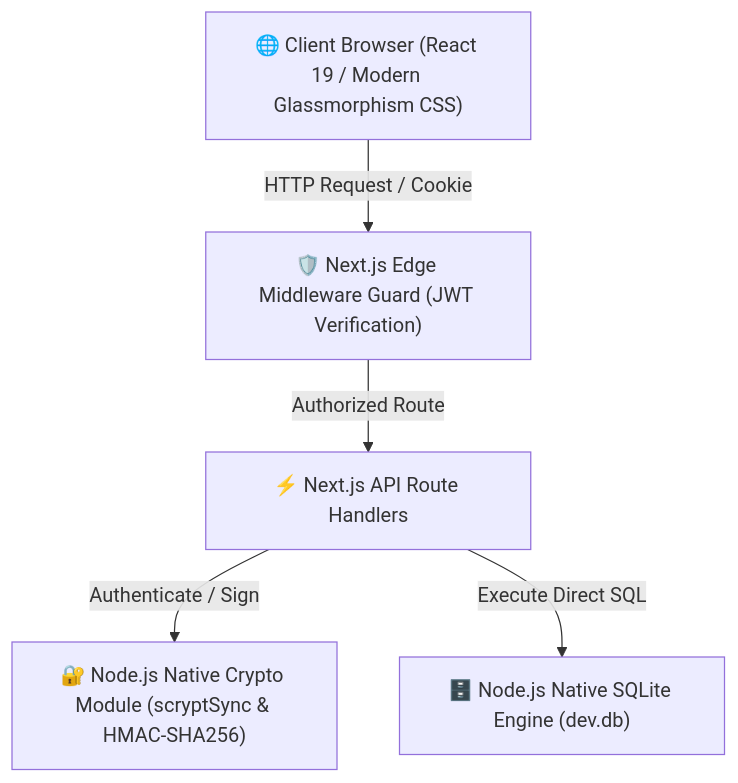
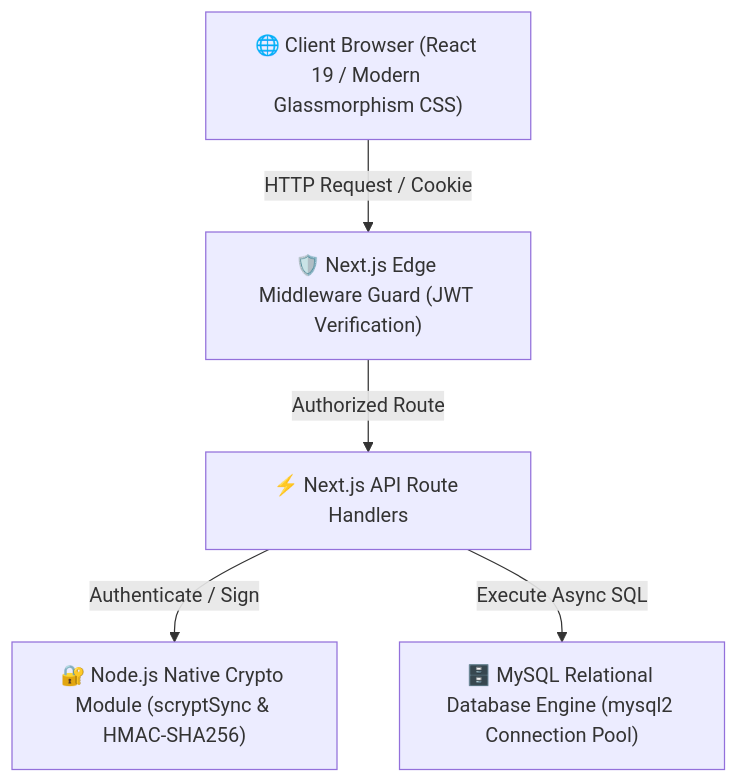
Before and after one commit to lesileugwulebo/university-maintenance-system: the first of 2 diagrams in TECHNICAL_PROJECT_REPORT.md, drawn with Mermaid. The commit also changed other lines of this file, not shown here.

Commit message:
docs: Update report and archives with MySQL database configuration

````diff
--- a/TECHNICAL_PROJECT_REPORT.md
+++ b/TECHNICAL_PROJECT_REPORT.md
@@ -57,13 +57,13 @@
 ```mermaid
 graph TD
     Client["🌐 Client Browser (React 19 / Modern Glassmorphism CSS)"]
     MW["🛡️ Next.js Edge Middleware Guard (JWT Verification)"]
     API["⚡ Next.js API Route Handlers"]
     Crypto["🔐 Node.js Native Crypto Module (scryptSync & HMAC-SHA256)"]
-    DB["🗄️ Node.js Native SQLite Engine (dev.db)"]
+    DB["🗄️ MySQL Relational Database Engine (mysql2 Connection Pool)"]
 
     Client -->|HTTP Request / Cookie| MW
     MW -->|Authorized Route| API
     API -->|Authenticate / Sign| Crypto
-    API -->|Execute Direct SQL| DB
+    API -->|Execute Async SQL| DB
 ```
````
